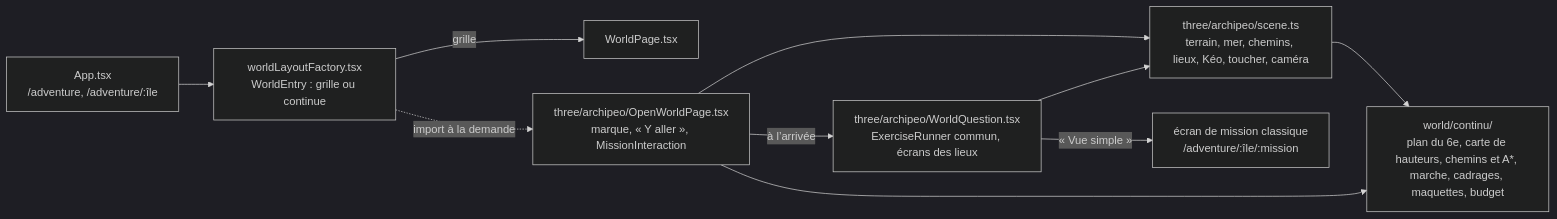
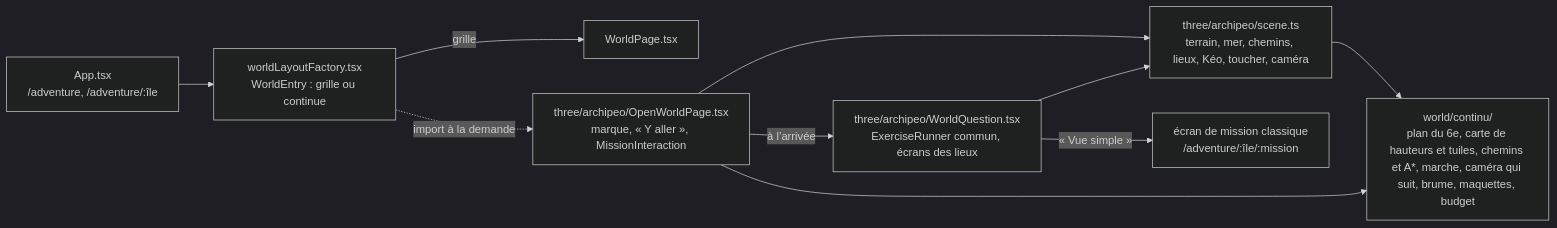
Before and after one commit to g7ed6e/dysapps: the fourth of 4 diagrams in docs/architecture/monde.md, drawn with Mermaid (dark theme). The commit also changed other lines of this file and 16 other files, not shown here.

First line of the commit message:
Monde ouvert du 6e, piste 1 lot 1 : île agrandie, caméra qui suit Kéo, brume

````diff
--- a/docs/architecture/monde.md
+++ b/docs/architecture/monde.md
@@ -72,12 +72,12 @@
 ```mermaid
 flowchart LR
   app[App.tsx<br/>/adventure, /adventure/:île] --> fabrique[worldLayoutFactory.tsx<br/>WorldEntry : grille ou continue]
   fabrique -- grille --> page[WorldPage.tsx]
   fabrique -. import à la demande .-> ouvert[three/archipeo/OpenWorldPage.tsx<br/>marque, « Y aller », MissionInteraction]
   ouvert --> scene[three/archipeo/scene.ts<br/>terrain, mer, chemins, lieux, Kéo, toucher, caméra]
-  scene --> continu[world/continu/<br/>plan du 6e, carte de hauteurs, chemins et A*, marche, cadrages, maquettes, budget]
+  scene --> continu[world/continu/<br/>plan du 6e, carte de hauteurs et tuiles, chemins et A*, marche, caméra qui suit, brume, maquettes, budget]
   ouvert --> continu
   ouvert -- à l’arrivée --> question[three/archipeo/WorldQuestion.tsx<br/>ExerciseRunner commun, écrans des lieux]
   question --> scene
   question -- « Vue simple » --> mission[écran de mission classique<br/>/adventure/:île/:mission]
 ```
````
